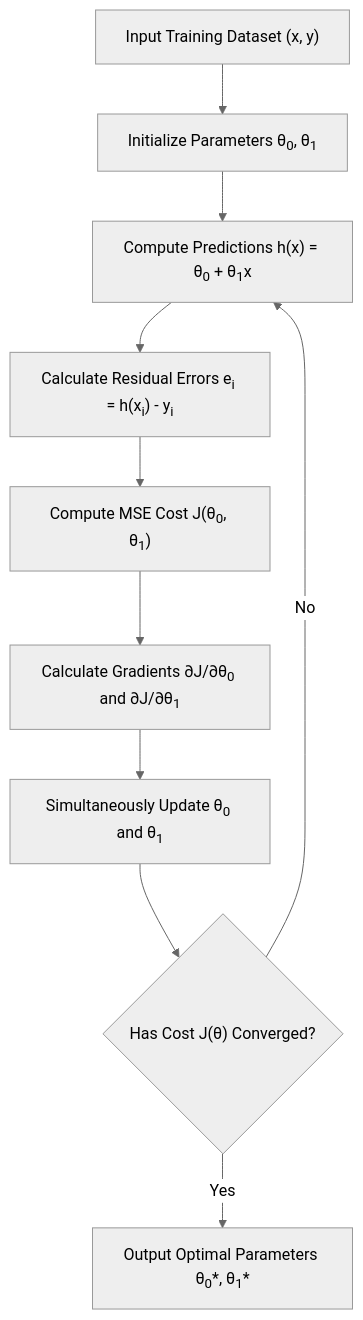
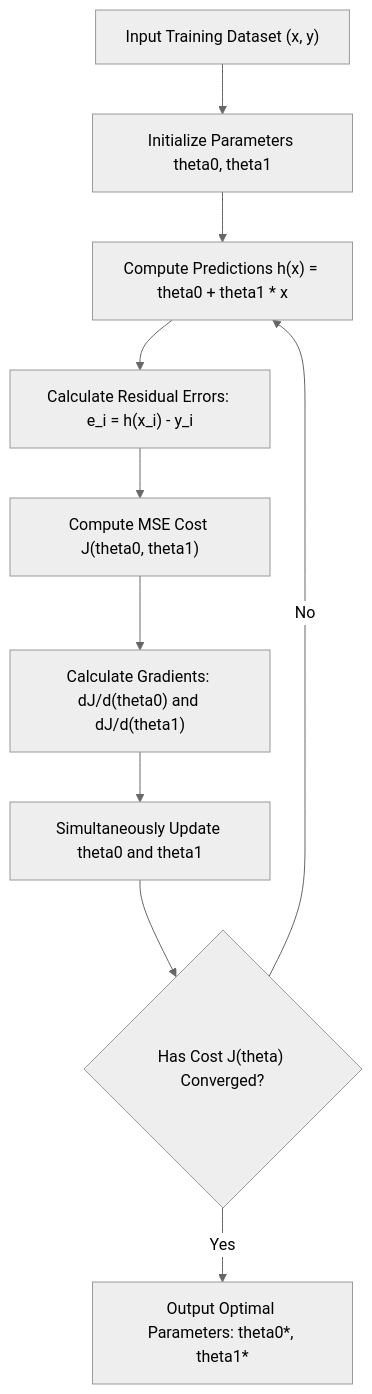
One commit to DeepLumiere/DeepSkills changed the diagram in notes/machine_learning/02_Linear_Regression.md. Above: the diagram before and after it, drawn with Mermaid (neutral theme). The commit also changed other lines of this file and 56 other files, not shown here.

````diff
--- a/notes/machine_learning/02_Linear_Regression.md
+++ b/notes/machine_learning/02_Linear_Regression.md
@@ -366,23 +366,12 @@
 ```mermaid
-
 flowchart TD
-
-    A["Input Training Dataset (x, y)"] --> B["Initialize Parameters &theta;<sub>0</sub>, &theta;<sub>1</sub>"]
-
-    B --> C["Compute Predictions h(x) = &theta;<sub>0</sub> + &theta;<sub>1</sub>x"]
-
-    C --> D["Calculate Residual Errors e<sub>i</sub> = h(x<sub>i</sub>) - y<sub>i</sub>"]
-
-    D --> E["Compute MSE Cost J(&theta;<sub>0</sub>, &theta;<sub>1</sub>)"]
-
-    E --> F["Calculate Gradients &part;J/&part;&theta;<sub>0</sub> and &part;J/&part;&theta;<sub>1</sub>"]
-
-    F --> G["Simultaneously Update &theta;<sub>0</sub> and &theta;<sub>1</sub>"]
-
-    G --> H{"Has Cost J(&theta;) Converged?"}
-
+    A["Input Training Dataset (x, y)"] --> B["Initialize Parameters theta0, theta1"]
+    B --> C["Compute Predictions h(x) = theta0 + theta1 * x"]
+    C --> D["Calculate Residual Errors: e_i = h(x_i) - y_i"]
+    D --> E["Compute MSE Cost J(theta0, theta1)"]
+    E --> F["Calculate Gradients: dJ/d(theta0) and dJ/d(theta1)"]
+    F --> G["Simultaneously Update theta0 and theta1"]
+    G --> H{"Has Cost J(theta) Converged?"}
     H -->|No| C
-
-    H -->|Yes| I["Output Optimal Parameters &theta;<sub>0</sub>*, &theta;<sub>1</sub>*"]
-
+    H -->|Yes| I["Output Optimal Parameters: theta0*, theta1*"]
 ```
````
